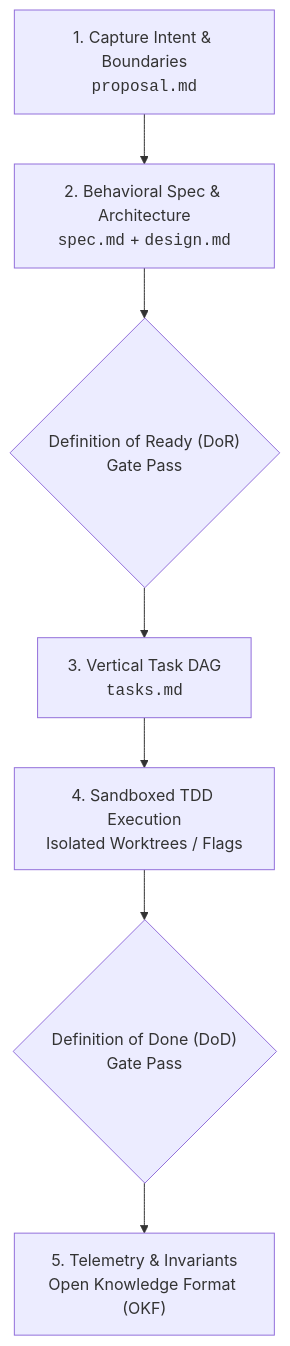
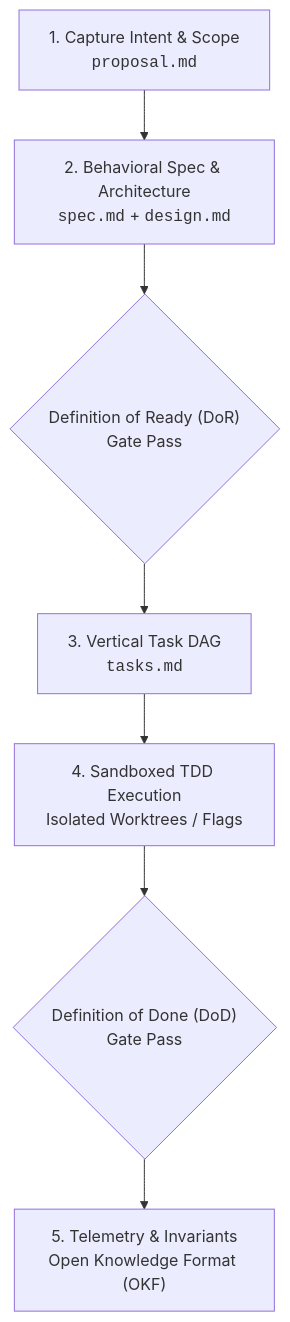
One commit to keolo/keolo-com changed the second of 3 diagrams in content/posts/planned-vs-unplanned-work-in-agentic-development.md. Above: the diagram before and after it, drawn with Mermaid. The commit also changed other lines of this file, not shown here.

Commit message:
docs(blog): retitle to 'When Code is Free, What Counts as Unplanned Work?' and sharpen narrative

````diff
--- a/content/posts/planned-vs-unplanned-work-in-agentic-development.md
+++ b/content/posts/planned-vs-unplanned-work-in-agentic-development.md
@@ -43,9 +47,9 @@
 ```mermaid
 flowchart TD
-    Intent["1. Capture Intent & Boundaries<br/><code>proposal.md</code>"] --> Specs["2. Behavioral Spec & Architecture<br/><code>spec.md</code> + <code>design.md</code>"]
+    Intent["1. Capture Intent & Scope<br/><code>proposal.md</code>"] --> Specs["2. Behavioral Spec & Architecture<br/><code>spec.md</code> + <code>design.md</code>"]
     Specs --> DoR{"Definition of Ready (DoR)<br/>Gate Pass"}
     DoR --> Tasks["3. Vertical Task DAG<br/><code>tasks.md</code>"]
     Tasks --> Build["4. Sandboxed TDD Execution<br/>Isolated Worktrees / Flags"]
     Build --> DoD{"Definition of Done (DoD)<br/>Gate Pass"}
     DoD --> Learn["5. Telemetry & Invariants<br/>Open Knowledge Format (OKF)"]
 ```
````
